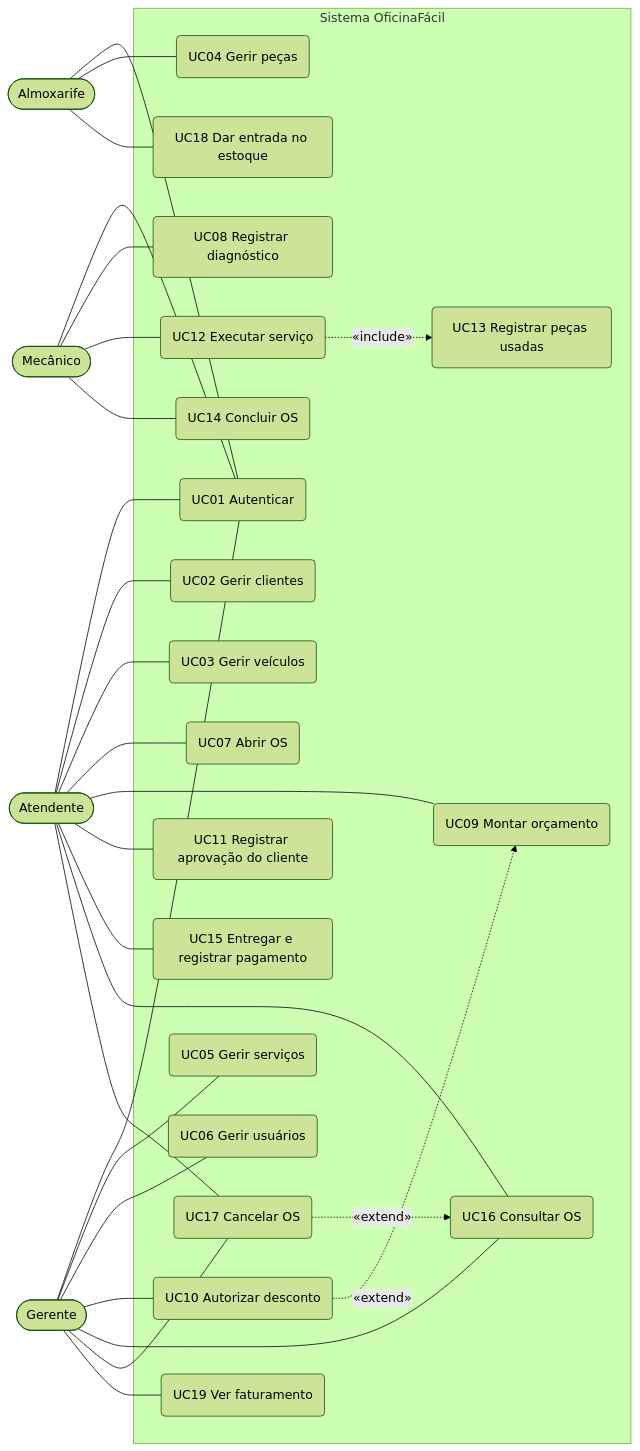
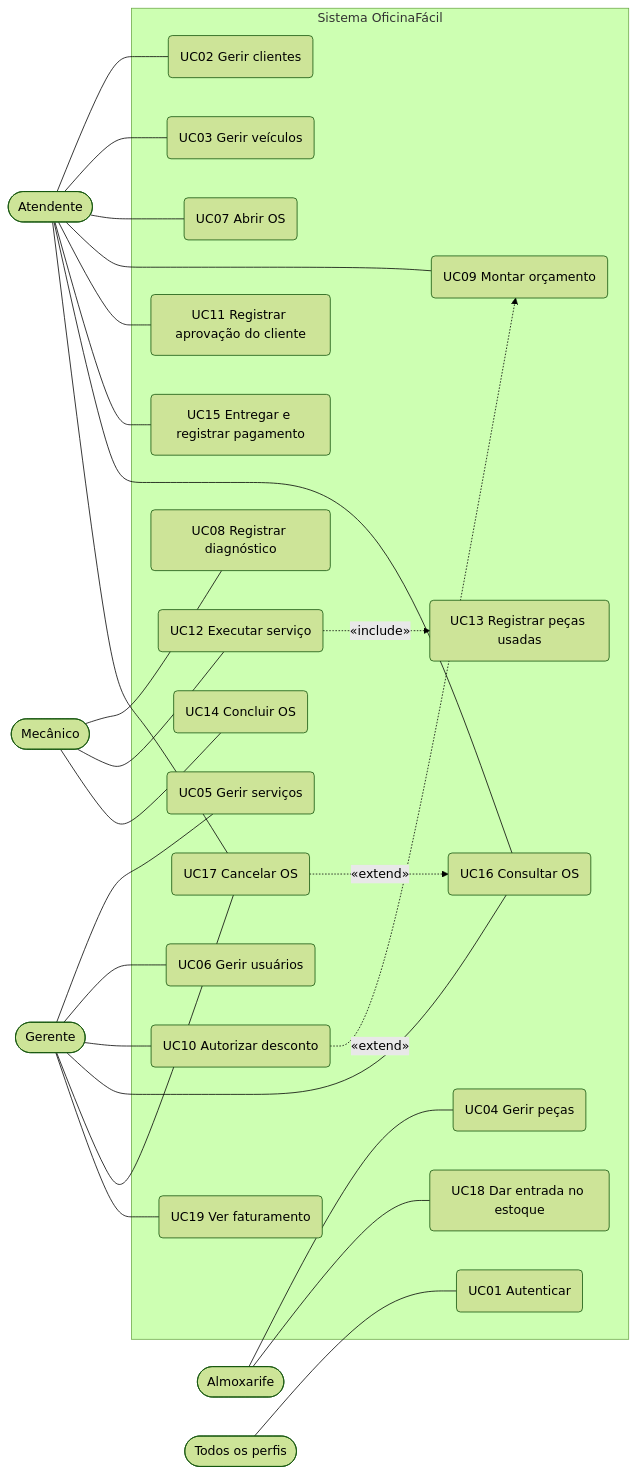
Before and after one commit to eltobsjr/oficina-facil: the first of 4 diagrams in docs/diagramas.md, drawn with Mermaid (forest theme). The commit also changed 4 other files, not shown here.

Commit message:
Gera PDFs dos documentos e simplifica diagramas de casos de uso

````diff
--- a/docs/diagramas.md
+++ b/docs/diagramas.md
@@ -13,38 +13,39 @@
 ```mermaid
 flowchart LR
   AT([Atendente])
   ME([Mecânico])
   AL([Almoxarife])
   GE([Gerente])
 
   subgraph OficinaFacil[Sistema OficinaFácil]
     UC01(UC01 Autenticar)
     UC02(UC02 Gerir clientes)
     UC03(UC03 Gerir veículos)
     UC04(UC04 Gerir peças)
     UC05(UC05 Gerir serviços)
     UC06(UC06 Gerir usuários)
     UC07(UC07 Abrir OS)
     UC08(UC08 Registrar diagnóstico)
     UC09(UC09 Montar orçamento)
     UC10(UC10 Autorizar desconto)
     UC11(UC11 Registrar aprovação do cliente)
     UC12(UC12 Executar serviço)
     UC13(UC13 Registrar peças usadas)
     UC14(UC14 Concluir OS)
     UC15(UC15 Entregar e registrar pagamento)
     UC16(UC16 Consultar OS)
     UC17(UC17 Cancelar OS)
     UC18(UC18 Dar entrada no estoque)
     UC19(UC19 Ver faturamento)
   end
 
-  AT --- UC01 & UC02 & UC03 & UC07 & UC09 & UC11 & UC15 & UC16 & UC17
-  ME --- UC01 & UC08 & UC12 & UC14
-  AL --- UC01 & UC04 & UC18
-  GE --- UC01 & UC05 & UC06 & UC10 & UC16 & UC17 & UC19
+  TD([Todos os perfis]) --- UC01
+  AT --- UC02 & UC03 & UC07 & UC09 & UC11 & UC15 & UC16 & UC17
+  ME --- UC08 & UC12 & UC14
+  AL --- UC04 & UC18
+  GE --- UC05 & UC06 & UC10 & UC16 & UC17 & UC19
 
   UC12 -. "«include»" .-> UC13
   UC10 -. "«extend»" .-> UC09
   UC17 -. "«extend»" .-> UC16
 ```
````
